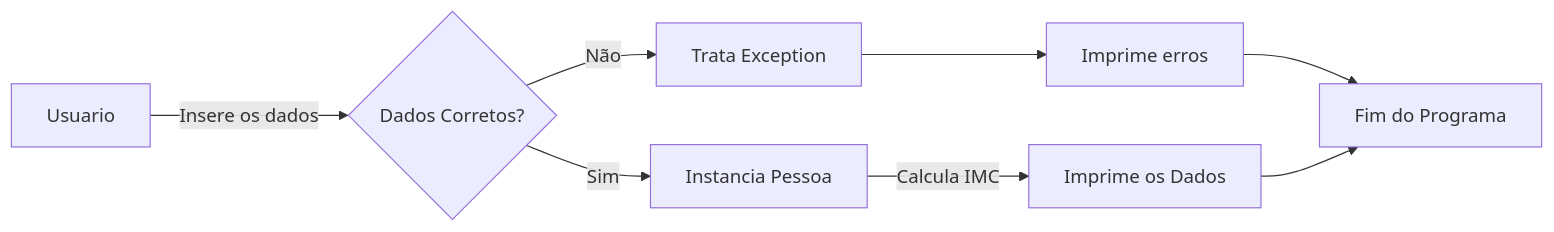
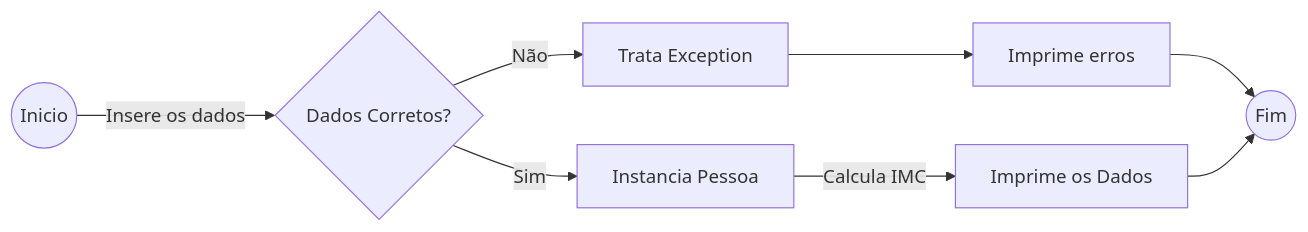
One commit to otaviotfcunha/calculadora_imc_dio changed the diagram in README.md. Above: the diagram before and after it, drawn with Mermaid.

Commit message:
README: Correção do fluxograma

````diff
--- a/README.md
+++ b/README.md
@@ -17,10 +17,10 @@
 ```mermaid
 graph LR
-A[Usuario] -- Insere os dados --> B{Dados Corretos?}
+A((Inicio)) -- Insere os dados --> B{Dados Corretos?}
 B -- Sim --> C[Instancia Pessoa]
 B -- Não --> E[Trata Exception]
 E --> F[Imprime erros]
 F --> G
 C -- Calcula IMC --> D[Imprime os Dados]
-D --> G[Fim do Programa]
+D --> G((Fim))
 ```
````
